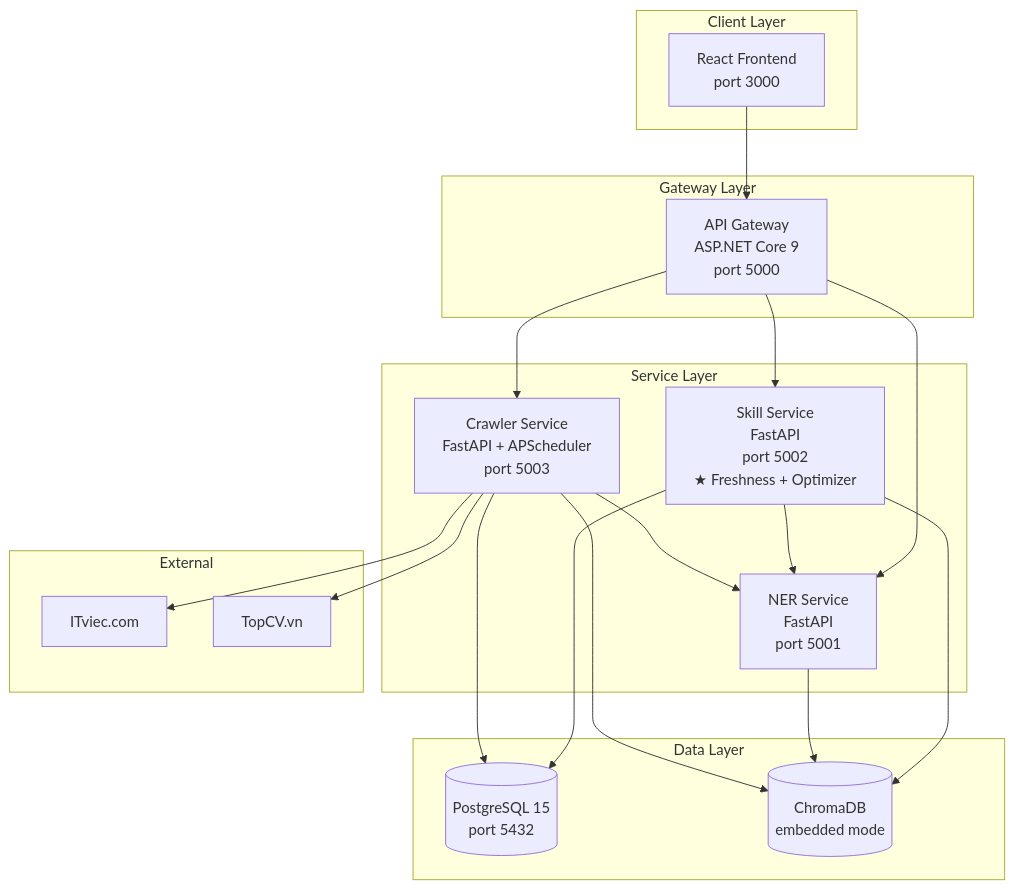
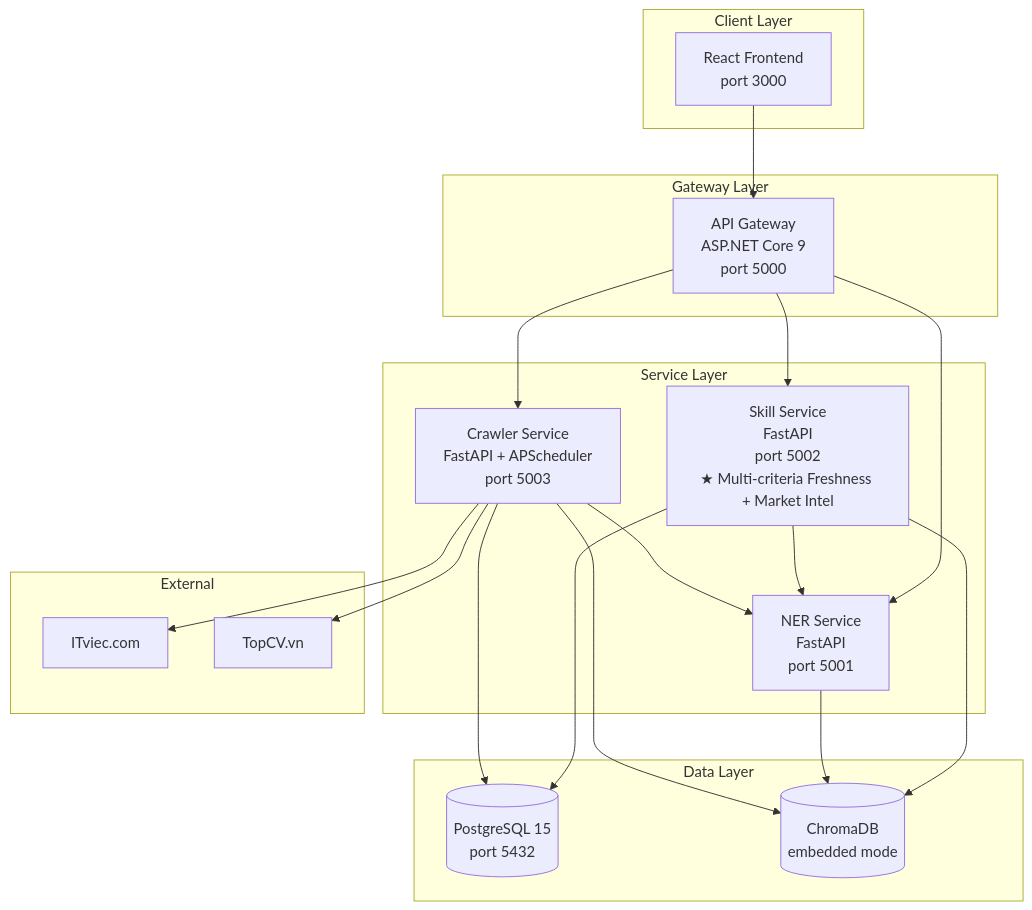
One commit to dungken/cv-assistant changed the first of 5 diagrams in thesis_report/chuong3/3.6_thiet_ke_kien_truc.md. Above: the diagram before and after it, drawn with Mermaid. The commit also changed other lines of this file and 34 other files, not shown here.

````diff
--- a/thesis_report/chuong3/3.6_thiet_ke_kien_truc.md
+++ b/thesis_report/chuong3/3.6_thiet_ke_kien_truc.md
@@ -7,40 +7,40 @@
 ```mermaid
 flowchart TB
     subgraph Client[Client Layer]
         Web[React Frontend<br/>port 3000]
     end
 
     subgraph Gateway[Gateway Layer]
         GW[API Gateway<br/>ASP.NET Core 9<br/>port 5000]
     end
 
     subgraph Services[Service Layer]
         NER[NER Service<br/>FastAPI<br/>port 5001]
-        Skill[Skill Service<br/>FastAPI<br/>port 5002<br/>★ Freshness + Optimizer]
+        Skill[Skill Service<br/>FastAPI<br/>port 5002<br/>★ Multi-criteria Freshness + Market Intel]
         Crawler[Crawler Service<br/>FastAPI + APScheduler<br/>port 5003]
     end
 
     subgraph Data[Data Layer]
         PG[(PostgreSQL 15<br/>port 5432)]
         Chroma[(ChromaDB<br/>embedded mode)]
     end
 
     subgraph External[External]
         ITviec[ITviec.com]
         TopCV[TopCV.vn]
     end
 
     Web --> GW
     GW --> NER
     GW --> Skill
     GW --> Crawler
     Skill --> NER
     Skill --> PG
     Skill --> Chroma
     NER --> Chroma
     Crawler --> ITviec
     Crawler --> TopCV
     Crawler --> NER
     Crawler --> PG
     Crawler --> Chroma
 ```
````
